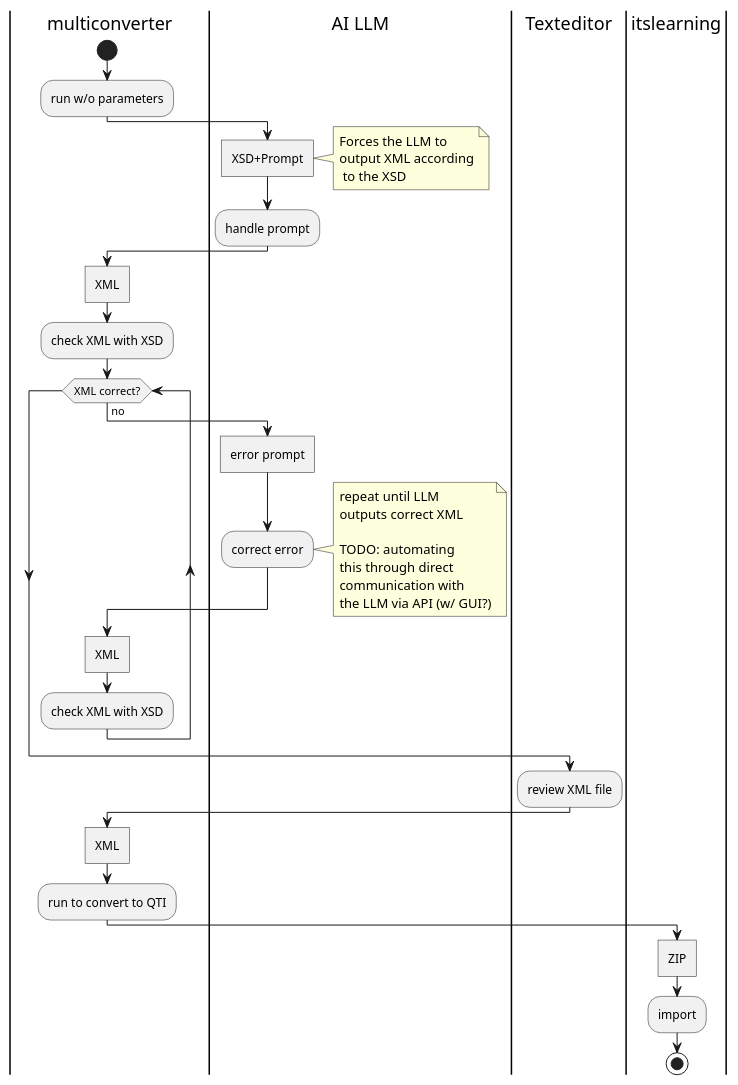
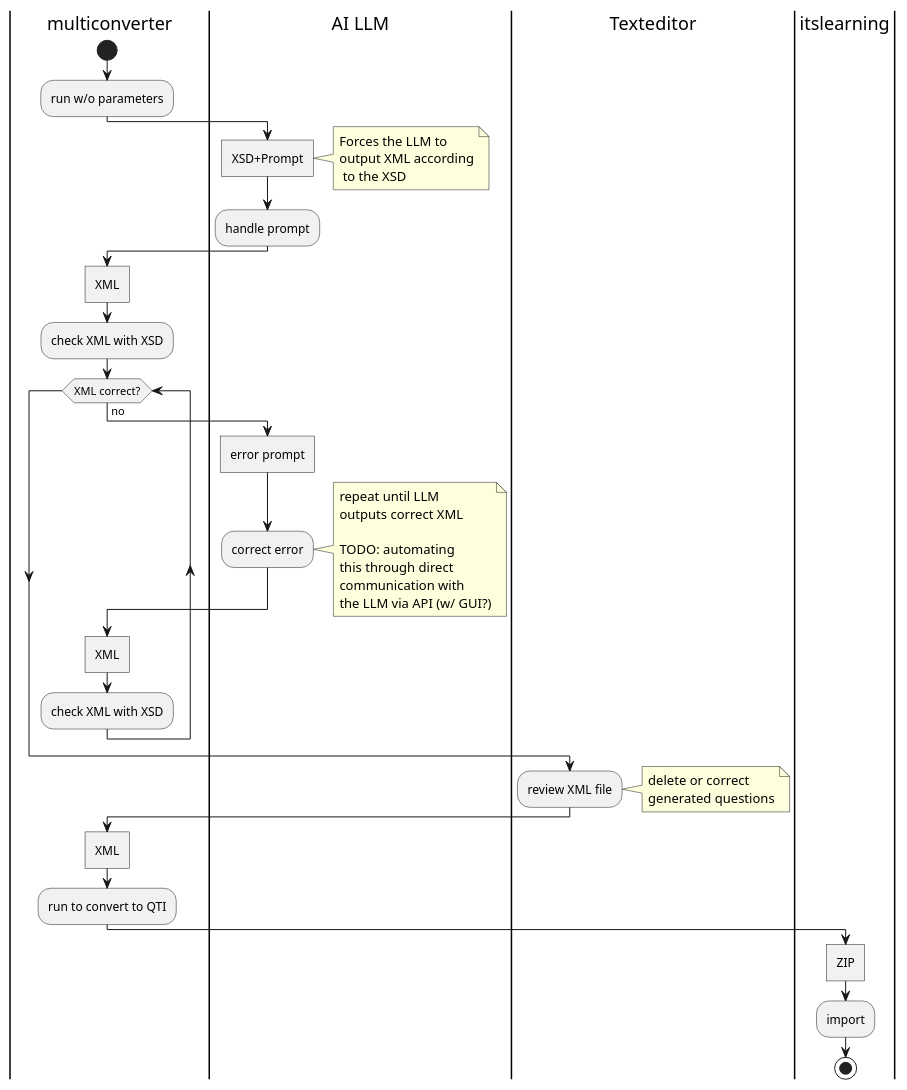
The diagram in workflow.puml (Hananja/multiconverter), drawn with PlantUML before and after one commit.

Commit message:
more comments

```diff
--- a/workflow.puml
+++ b/workflow.puml
@@ -1,47 +1,51 @@
 @startuml
 
 
 |multiconverter|
 start
 :run w/o parameters;
 |AI LLM|
 :XSD+Prompt]
 note right
   Forces the LLM to
   output XML according
    to the XSD
 end note
 :handle prompt;
 |multiconverter|
 :XML]
 :check XML with XSD;
 while (XML correct?) is (no)
       |AI LLM|
       :error prompt]
       :correct error;
     note right
         repeat until LLM
         outputs correct XML
 
         TODO: automating
         this through direct
         communication with
         the LLM via API (w/ GUI?)
     end note
      |multiconverter|
 :XML]
     :check XML with XSD;
 endwhile
 |multiconverter|
 
 |Texteditor|
 :review XML file;
+note right
+    delete or correct
+    generated questions
+end note
 |multiconverter|
 :XML]
 :run to convert to QTI;
 |itslearning|
 :ZIP]
 :import;
 stop
 
 @enduml
```
